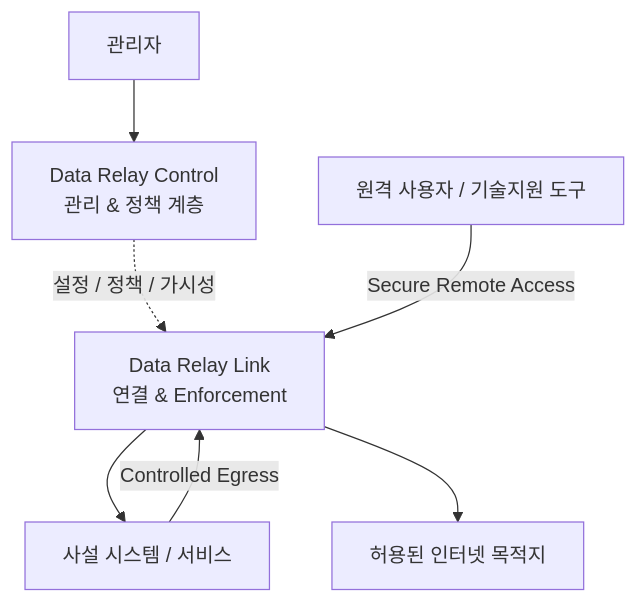
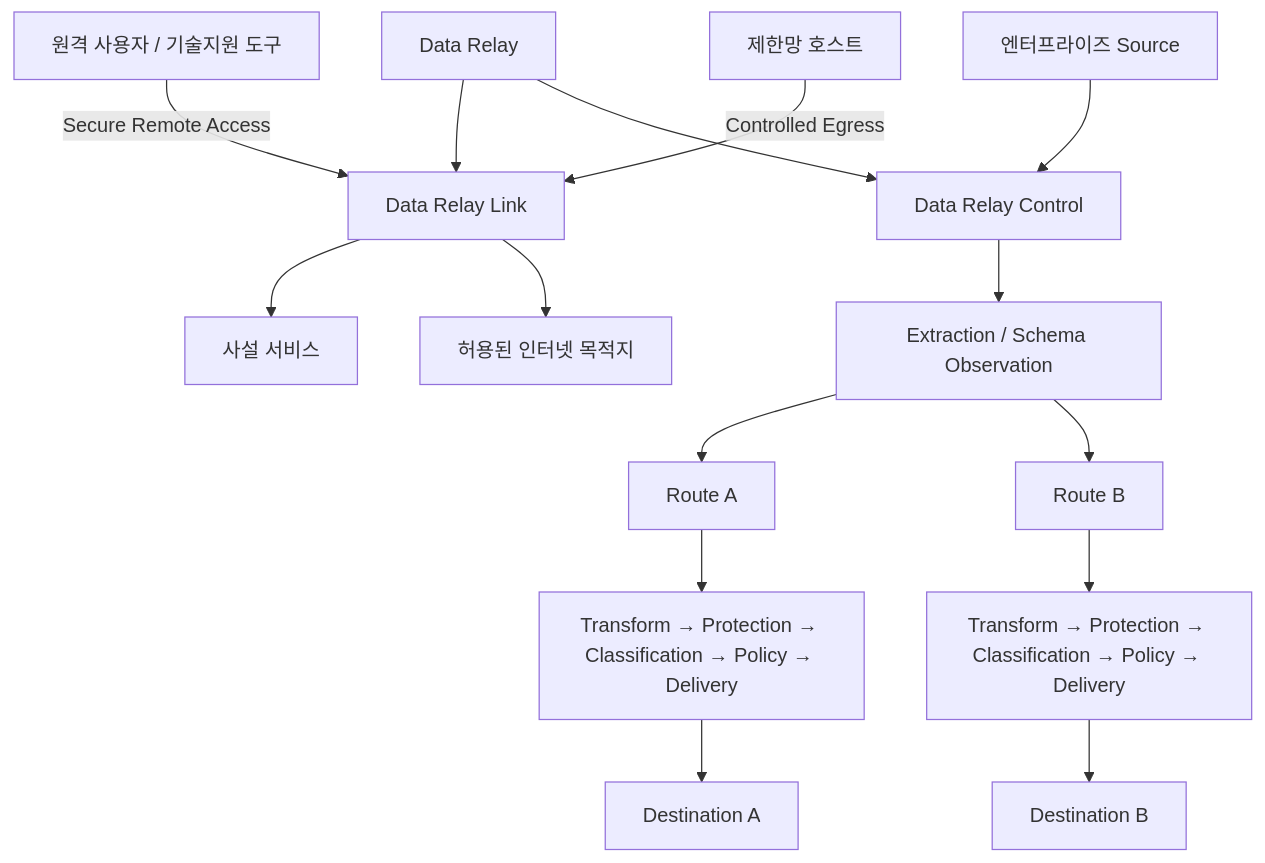
Before and after one commit to datarelay-labs/data-relay-docs: the first of 3 diagrams in ko/platform/architecture.mdx, drawn with Mermaid. The commit also changed other lines of this file, not shown here.

Commit message:
docs: align Korean platform architecture with current products

````diff
--- a/ko/platform/architecture.mdx
+++ b/ko/platform/architecture.mdx
@@ -10,16 +10,21 @@
 ```mermaid
 flowchart TB
-    A[관리자]
-    C[Data Relay Control\n관리 & 정책 계층]
-    L[Data Relay Link\n연결 & Enforcement]
-    R[원격 사용자 / 기술지원 도구]
-    P[사설 시스템 / 서비스]
-    E[허용된 인터넷 목적지]
+    DR[Data Relay]
 
-    A --> C
-    C -. 설정 / 정책 / 가시성 .-> L
-    R -->|Secure Remote Access| L
-    L --> P
-    P -->|Controlled Egress| L
-    L --> E
+    DR --> L[Data Relay Link]
+    DR --> C[Data Relay Control]
+
+    RU[원격 사용자 / 기술지원 도구] -->|Secure Remote Access| L
+    RH[제한망 호스트] -->|Controlled Egress| L
+    L --> PS[사설 서비스]
+    L --> AI[허용된 인터넷 목적지]
+
+    SRC[엔터프라이즈 Source] --> C
+    C --> OBS[Extraction / Schema Observation]
+    OBS --> RA[Route A]
+    OBS --> RB[Route B]
+    RA --> PA[Transform → Protection → Classification → Policy → Delivery]
+    RB --> PB[Transform → Protection → Classification → Policy → Delivery]
+    PA --> DA[Destination A]
+    PB --> DB[Destination B]
 ```
````
